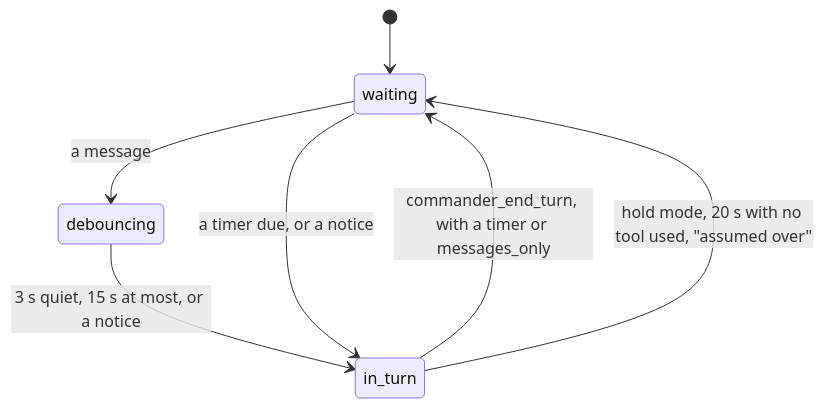
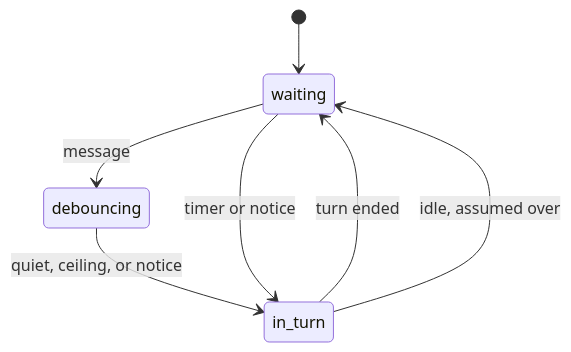
One commit to Neefay/arma3-llm-harness changed diagram 15 of 23 in docs/COMMANDER_MODEL.md. Above: the diagram before and after it, drawn with Mermaid. The commit also changed other lines of this file and 1 other file, not shown here.

First line of the commit message:
Rewrite the commander model as a terse formalization

````diff
--- a/docs/COMMANDER_MODEL.md
+++ b/docs/COMMANDER_MODEL.md
@@ -847,9 +464,9 @@
 ```mermaid
 stateDiagram-v2
   [*] --> waiting
-  waiting --> debouncing: a message
-  debouncing --> in_turn: 3 s quiet, 15 s at most, or a notice
-  waiting --> in_turn: a timer due, or a notice
-  in_turn --> waiting: commander_end_turn, with a timer or messages_only
-  in_turn --> waiting: hold mode, 20 s with no tool used, "assumed over"
+  waiting --> debouncing: message
+  debouncing --> in_turn: quiet, ceiling, or notice
+  waiting --> in_turn: timer or notice
+  in_turn --> waiting: turn ended
+  in_turn --> waiting: idle, assumed over
 ```
````
